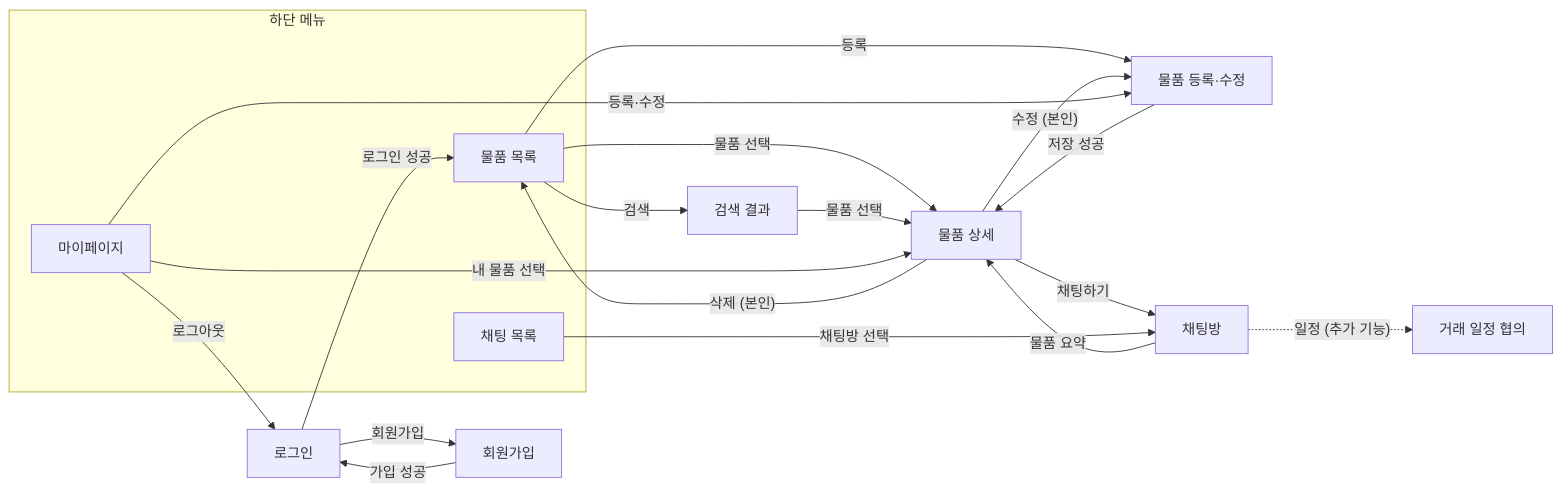
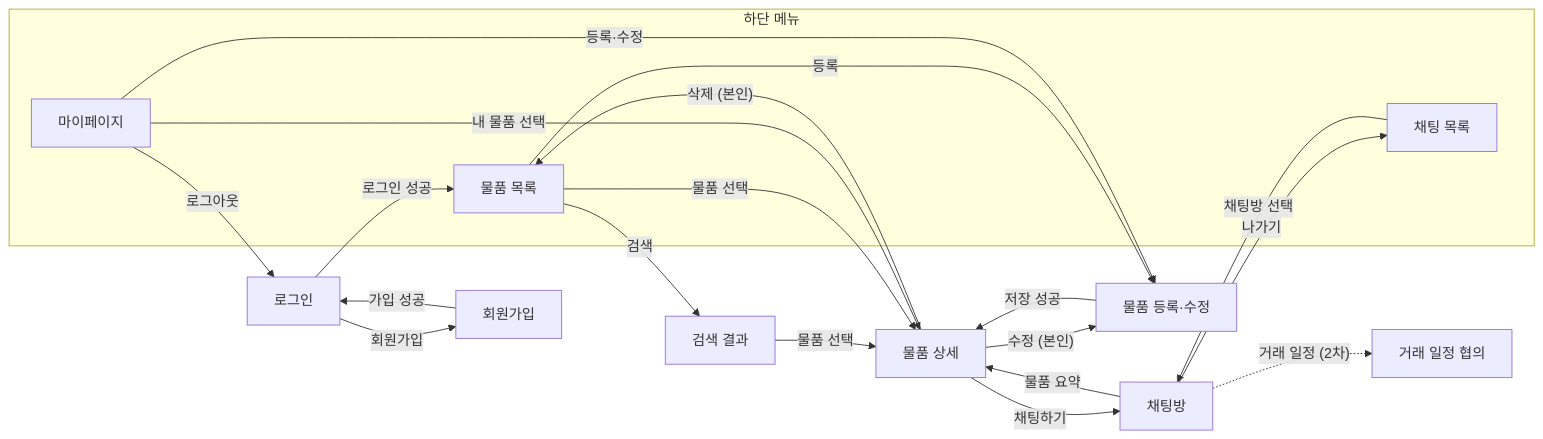
One commit to Lacroix03/2026-CAU-Market changed the diagram in README.md. Above: the diagram before and after it, drawn with Mermaid. The commit also changed other lines of this file, not shown here.

````diff
--- a/README.md
+++ b/README.md
@@ -139,30 +161,31 @@
 ```mermaid
 flowchart LR
     Login["로그인"] -->|"회원가입"| SignUp["회원가입"]
     SignUp -->|"가입 성공"| Login
     Login -->|"로그인 성공"| List
 
     subgraph Tabs["하단 메뉴"]
         List["물품 목록"]
         ChatList["채팅 목록"]
         MyPage["마이페이지"]
     end
 
     List -->|"검색"| Search["검색 결과"]
     List -->|"물품 선택"| Detail["물품 상세"]
     Search -->|"물품 선택"| Detail
     List -->|"등록"| Form["물품 등록·수정"]
 
     Detail -->|"채팅하기"| ChatRoom["채팅방"]
     Detail -->|"수정 (본인)"| Form
     Detail -->|"삭제 (본인)"| List
     Form -->|"저장 성공"| Detail
 
     ChatList -->|"채팅방 선택"| ChatRoom
     ChatRoom -->|"물품 요약"| Detail
-    ChatRoom -.->|"일정 (추가 기능)"| Schedule["거래 일정 협의"]
+    ChatRoom -->|"나가기"| ChatList
+    ChatRoom -.->|"거래 일정 (2차)"| Schedule["거래 일정 협의"]
 
     MyPage -->|"내 물품 선택"| Detail
     MyPage -->|"등록·수정"| Form
     MyPage -->|"로그아웃"| Login
 ```
````
